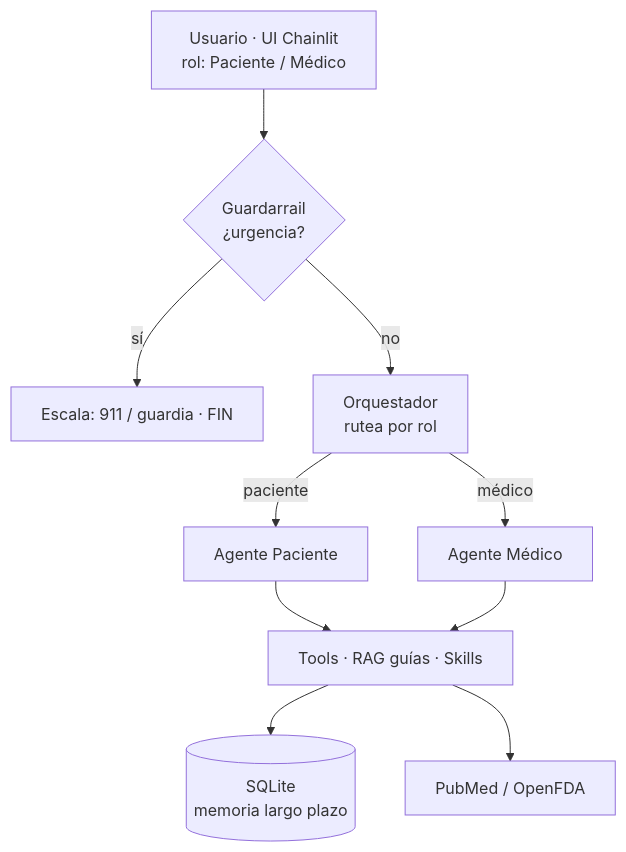
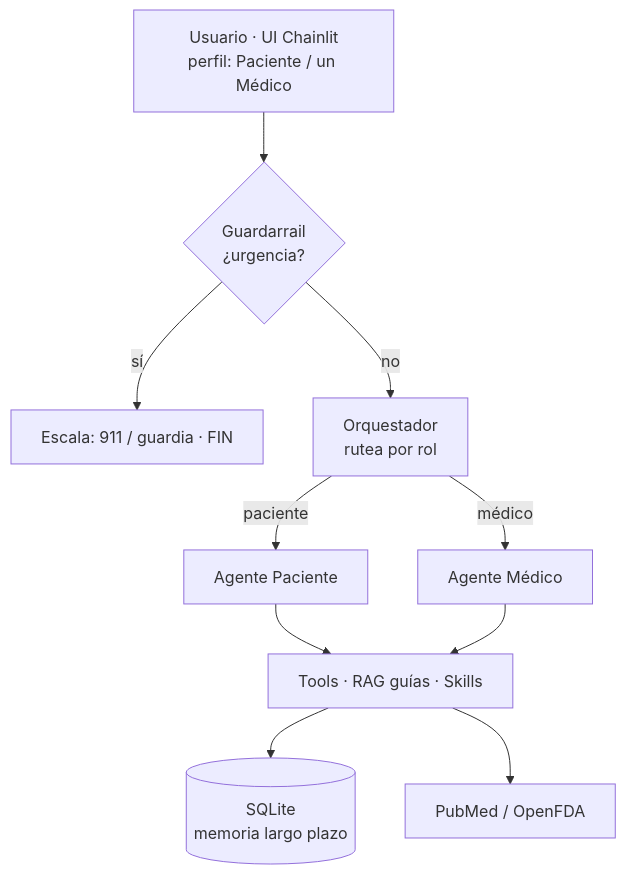
One commit to Constanzafl/agente_consultorio changed the diagram in README.md. Above: the diagram before and after it, drawn with Mermaid. The commit also changed other lines of this file and 4 other files, not shown here.

````diff
--- a/README.md
+++ b/README.md
@@ -60,12 +62,12 @@
 ```mermaid
 flowchart TD
-    U["Usuario · UI Chainlit<br/>rol: Paciente / Médico"] --> G{"Guardarrail<br/>¿urgencia?"}
+    U["Usuario · UI Chainlit<br/>perfil: Paciente / un Médico"] --> G{"Guardarrail<br/>¿urgencia?"}
     G -->|sí| E["Escala: 911 / guardia · FIN"]
     G -->|no| O["Orquestador<br/>rutea por rol"]
     O -->|paciente| AP["Agente Paciente"]
     O -->|médico| AM["Agente Médico"]
     AP --> T["Tools · RAG guías · Skills"]
     AM --> T
     T --> DB[("SQLite<br/>memoria largo plazo")]
     T --> API["PubMed / OpenFDA"]
 ```
````
